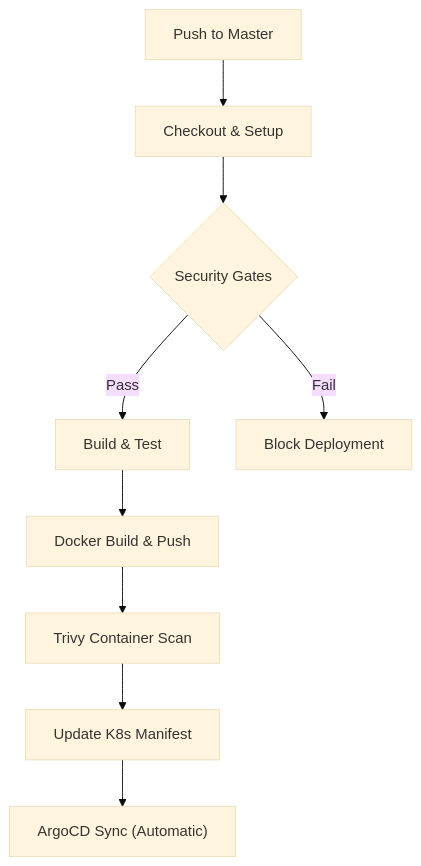
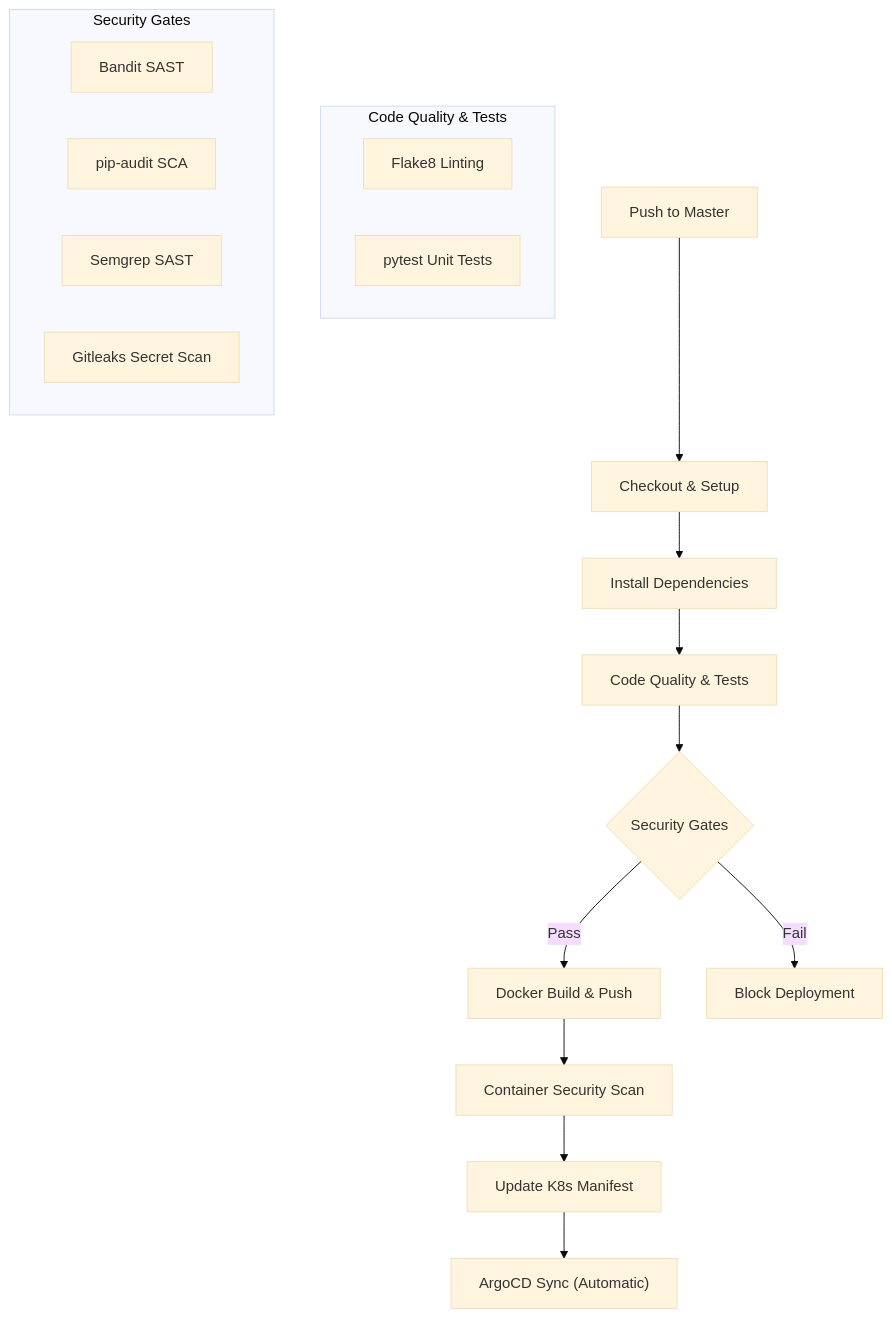
One commit to jaiswaranil8387/itsm-ticket-management changed the diagram in .github/workflows/README.md. Above: the diagram before and after it, drawn with Mermaid (base theme).

Commit message:
readme file updated

````diff
--- a/.github/workflows/README.md
+++ b/.github/workflows/README.md
@@ -18,11 +18,24 @@
 ```mermaid
 graph TD
     A[Push to Master] --> B[Checkout & Setup]
-    B --> C{Security Gates}
-    C -->|Pass| D[Build & Test]
-    C -->|Fail| X[Block Deployment]
-    D --> E[Docker Build & Push]
-    E --> F[Trivy Container Scan]
-    F --> G[Update K8s Manifest]
-    G --> H["ArgoCD Sync (Automatic)"]
+    B --> C[Install Dependencies]
+    C --> D[Code Quality & Tests]
+    D --> E{Security Gates}
+    E -->|Pass| F[Docker Build & Push]
+    E -->|Fail| X[Block Deployment]
+    F --> G[Container Security Scan]
+    G --> H[Update K8s Manifest]
+    H --> I["ArgoCD Sync (Automatic)"]
+
+    subgraph "Code Quality & Tests"
+        D1[Flake8 Linting]
+        D2[pytest Unit Tests]
+    end
+
+    subgraph "Security Gates"
+        E1[Bandit SAST]
+        E2[pip-audit SCA]
+        E3[Semgrep SAST]
+        E4[Gitleaks Secret Scan]
+    end
 ```
````
